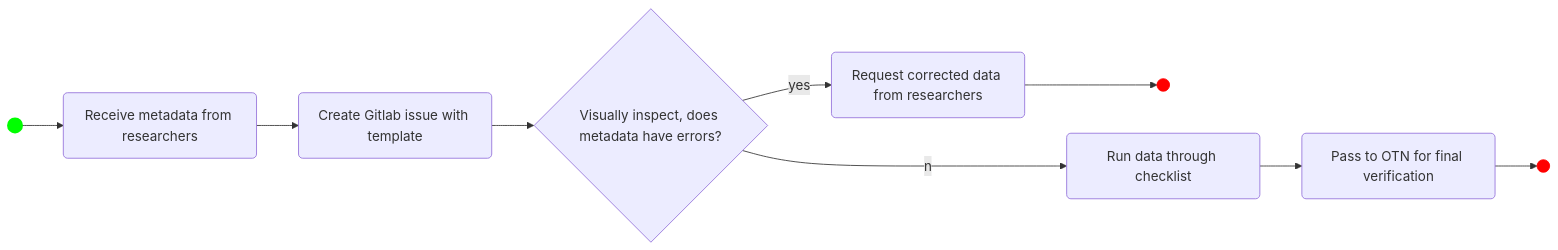
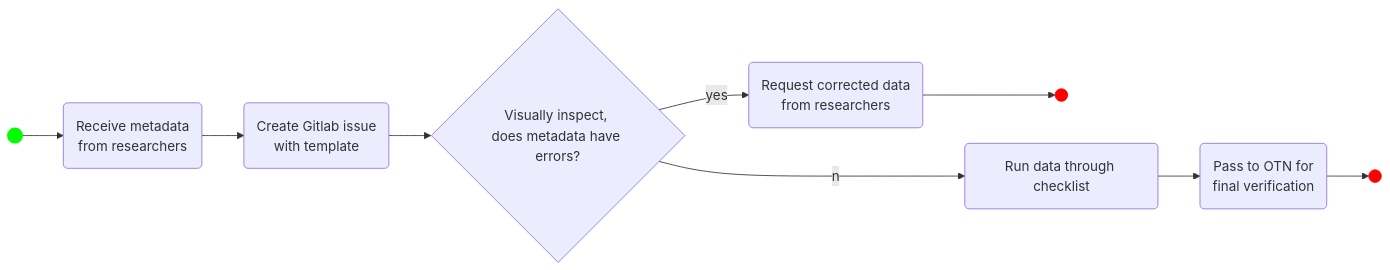
The diagram in _episodes/04_workflow_gitlab_dbeaver.md (ocean-tracking-network/node-manager-training), drawn with Mermaid before and after one commit.

Commit message:
Added line breaks to make it more readable

````diff
--- a/_episodes/04_workflow_gitlab_dbeaver.md
+++ b/_episodes/04_workflow_gitlab_dbeaver.md
@@ -26,14 +26,14 @@
 ```mermaid
 flowchart LR
-    data_start(( )) --> get_data(Receive metadata from researchers)
+    data_start(( )) --> get_data(Receive metadata </br>from researchers)
     style data_start fill:#00FF00,stroke:#00FF00,stroke-width:4px
-    get_data --> gitlab(Create Gitlab issue with template)
-    gitlab --> viz{Visually inspect, does metadata have errors?}
-    viz --yes--> req(Request corrected data from researchers)
+    get_data --> gitlab(Create Gitlab issue </br>with template)
+    gitlab --> viz{Visually inspect, </br>does metadata have errors?}
+    viz --yes--> req(Request corrected data </br>from researchers)
     req --> end1(( ))
     style end1 fill:#FF0000,stroke:#FF0000
     viz --no--> run_checklist(Run data through checklist)
-    run_checklist --> otn_part(Pass to OTN for final verification)
+    run_checklist --> otn_part(Pass to OTN for </br>final verification)
     otn_part --> end2(( ))
     style end2 fill:#FF0000,stroke:#FF0000
 ```
````
